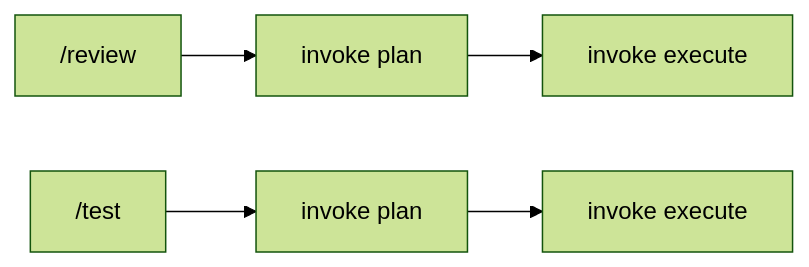
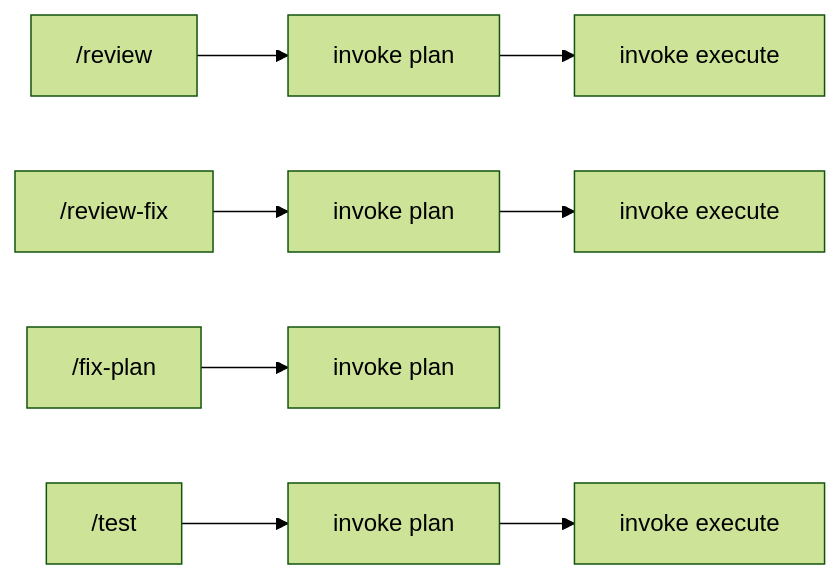
The second of 2 diagrams in docs/Architecture.md (mtshomskyieee/tiny-local-coder), drawn with Mermaid (forest theme) before and after one commit. The commit also changed other lines of this file and 37 other files, not shown here.

````diff
--- a/docs/Architecture.md
+++ b/docs/Architecture.md
@@ -53,7 +53,10 @@
 ```mermaid
 flowchart LR
   review["/review"] --> planR["invoke plan"]
   planR --> execR["invoke execute"]
+  reviewFix["/review-fix"] --> planF["invoke plan"]
+  planF --> execF["invoke execute"]
+  fixPlan["/fix-plan"] --> planX["invoke plan"]
   testCmd["/test"] --> planT["invoke plan"]
   planT --> execT["invoke execute"]
 ```
````
